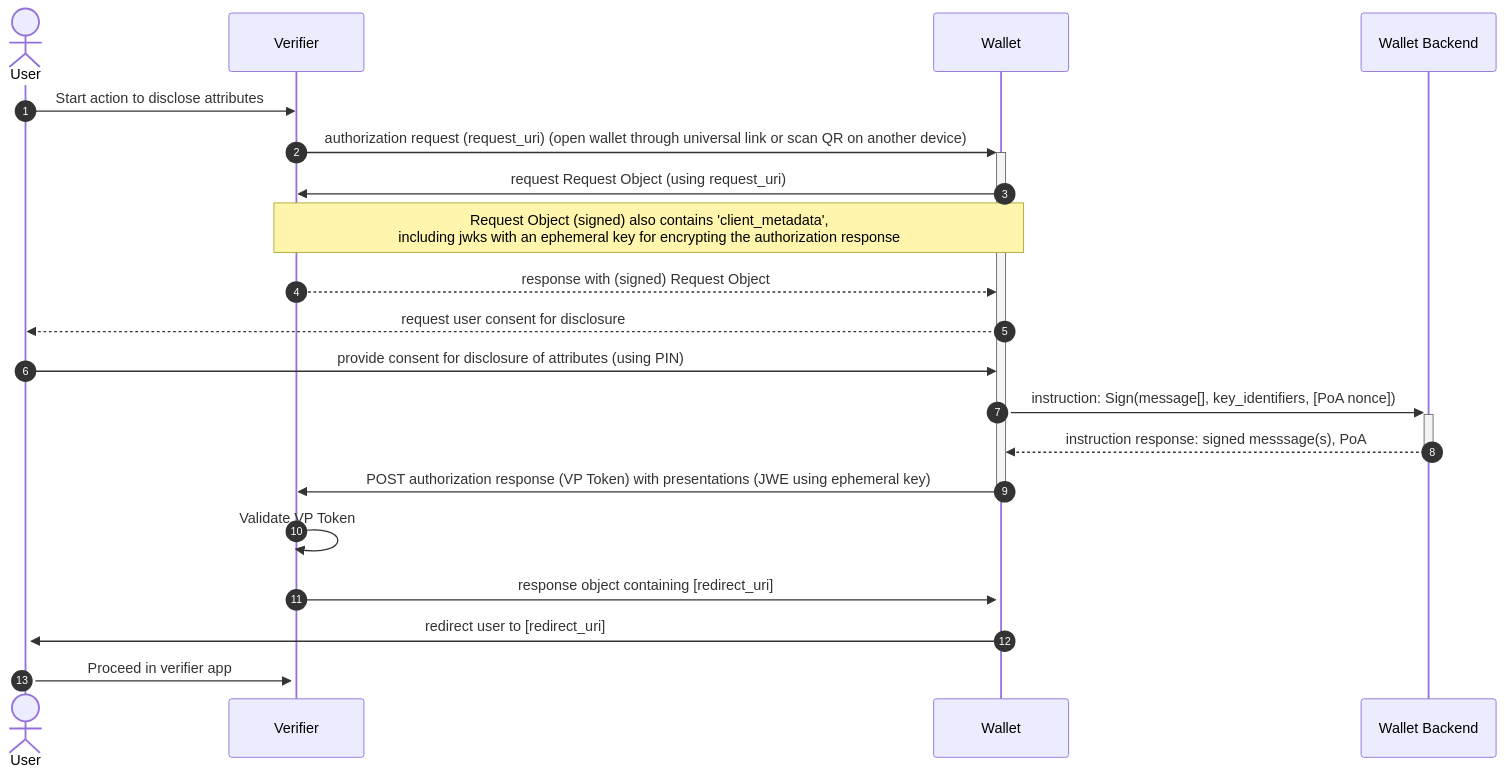
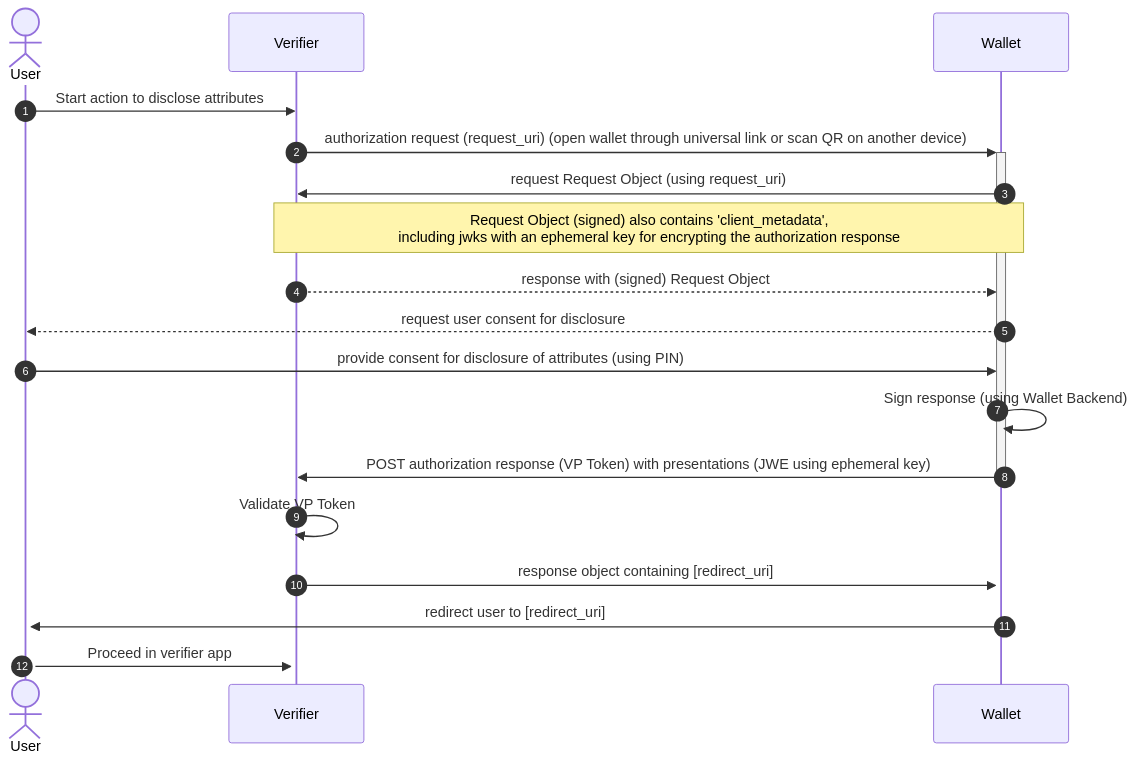
One commit to MinBZK/nl-wallet changed the first of 3 diagrams in wallet_docs/architecture/use-cases/disclosure-with-openid4vp.md. Above: the diagram before and after it, drawn with Mermaid. The commit also changed other lines of this file, not shown here.

Commit message:
update disclosure flows

````diff
--- a/wallet_docs/architecture/use-cases/disclosure-with-openid4vp.md
+++ b/wallet_docs/architecture/use-cases/disclosure-with-openid4vp.md
@@ -17,28 +17,25 @@
 ```{mermaid}
 sequenceDiagram
     autonumber
 
     actor User
     participant RP as Verifier
     participant Wallet
-    participant WB as Wallet Backend 
      
     User->>RP: Start action to disclose attributes
     RP ->>+ Wallet: authorization request (request_uri) (open wallet through universal link or scan QR on another device)
     Wallet ->> RP: request Request Object (using request_uri)
     note over RP, Wallet: Request Object (signed) also contains 'client_metadata',<Br/> including jwks with an ephemeral key for encrypting the authorization response
     RP -->> Wallet: response with (signed) Request Object
     Wallet -->> User: request user consent for disclosure
     User ->> Wallet: provide consent for disclosure of attributes (using PIN)
   
 
-    Wallet ->>+ WB: instruction: Sign(message[], key_identifiers, [PoA nonce])
-  
-    WB -->>- Wallet: instruction response: signed messsage(s), PoA  
+    Wallet ->> Wallet: Sign response (using Wallet Backend)
   
     Wallet->>- RP: POST authorization response (VP Token) with presentations (JWE using ephemeral key)
     RP ->> RP: Validate VP Token
     RP ->>+ Wallet: response object containing [redirect_uri]
     Wallet ->>+ User: redirect user to [redirect_uri]
     User ->>+ RP: Proceed in verifier app
 ```
````
